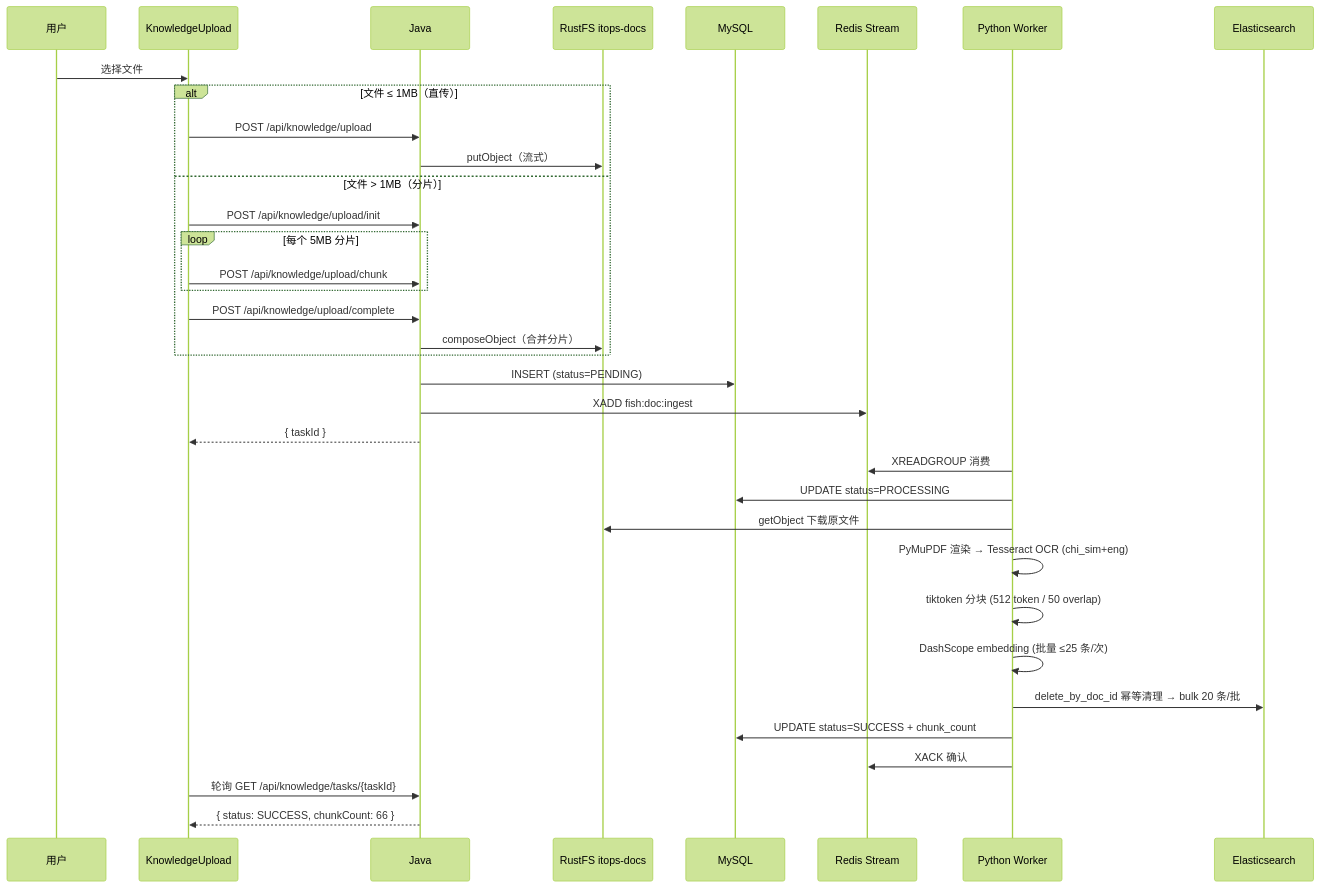
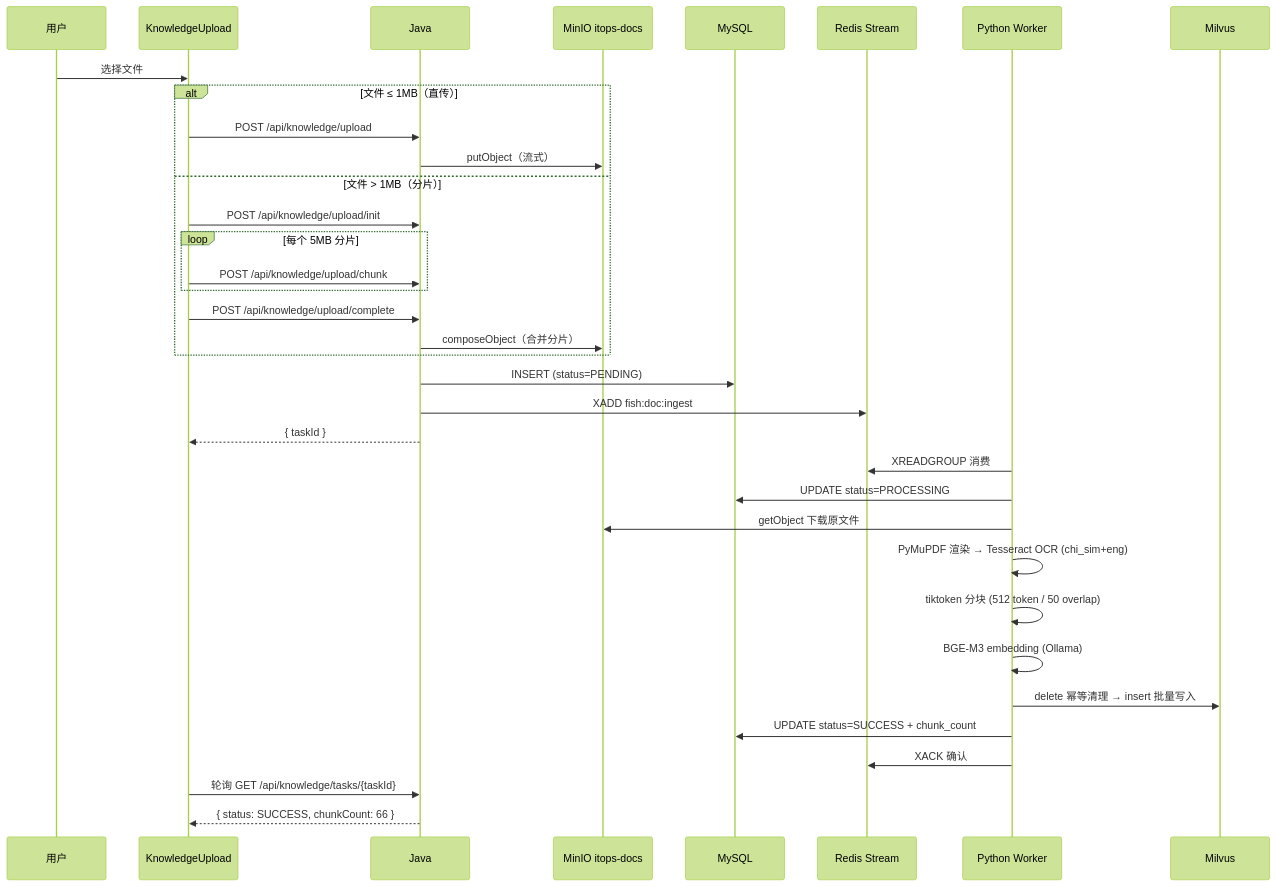
One commit to GodvFocus/ItOpsAgent changed the third of 3 diagrams in README.md. Above: the diagram before and after it, drawn with Mermaid (forest theme). The commit also changed other lines of this file and 18 other files, not shown here.

First line of the commit message:
refactor(llm): 移除 DashScope 相关配置和依赖

````diff
--- a/README.md
+++ b/README.md
@@ -135,40 +134,40 @@
 ```mermaid
 sequenceDiagram
     participant U as 用户
     participant FE as KnowledgeUpload
     participant BE as Java
-    participant RustFS as RustFS itops-docs
+    participant MinIO as MinIO itops-docs
     participant MySQL as MySQL
     participant Stream as Redis Stream
     participant Worker as Python Worker
-    participant ES as Elasticsearch
+    participant Milvus as Milvus
 
     U->>FE: 选择文件
     alt 文件 ≤ 1MB（直传）
         FE->>BE: POST /api/knowledge/upload
-        BE->>RustFS: putObject（流式）
+        BE->>MinIO: putObject（流式）
     else 文件 > 1MB（分片）
         FE->>BE: POST /api/knowledge/upload/init
         loop 每个 5MB 分片
             FE->>BE: POST /api/knowledge/upload/chunk
         end
         FE->>BE: POST /api/knowledge/upload/complete
-        BE->>RustFS: composeObject（合并分片）
+        BE->>MinIO: composeObject（合并分片）
     end
     BE->>MySQL: INSERT (status=PENDING)
     BE->>Stream: XADD fish:doc:ingest
     BE-->>FE: { taskId }
 
     Worker->>Stream: XREADGROUP 消费
     Worker->>MySQL: UPDATE status=PROCESSING
-    Worker->>RustFS: getObject 下载原文件
+    Worker->>MinIO: getObject 下载原文件
     Worker->>Worker: PyMuPDF 渲染 → Tesseract OCR (chi_sim+eng)
     Worker->>Worker: tiktoken 分块 (512 token / 50 overlap)
-    Worker->>Worker: DashScope embedding (批量 ≤25 条/次)
-    Worker->>ES: delete_by_doc_id 幂等清理 → bulk 20 条/批
+    Worker->>Worker: BGE-M3 embedding (Ollama)
+    Worker->>Milvus: delete 幂等清理 → insert 批量写入
     Worker->>MySQL: UPDATE status=SUCCESS + chunk_count
     Worker->>Stream: XACK 确认
 
     FE->>BE: 轮询 GET /api/knowledge/tasks/{taskId}
     BE-->>FE: { status: SUCCESS, chunkCount: 66 }
 ```
````
